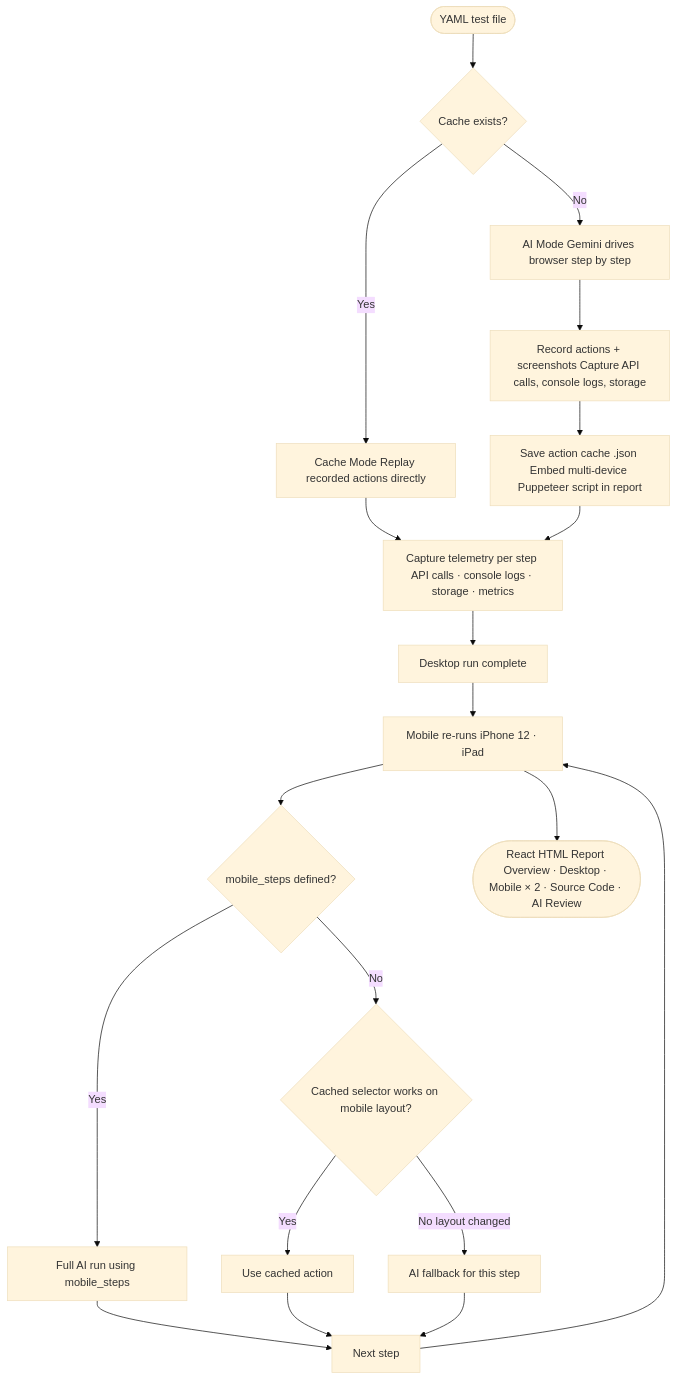
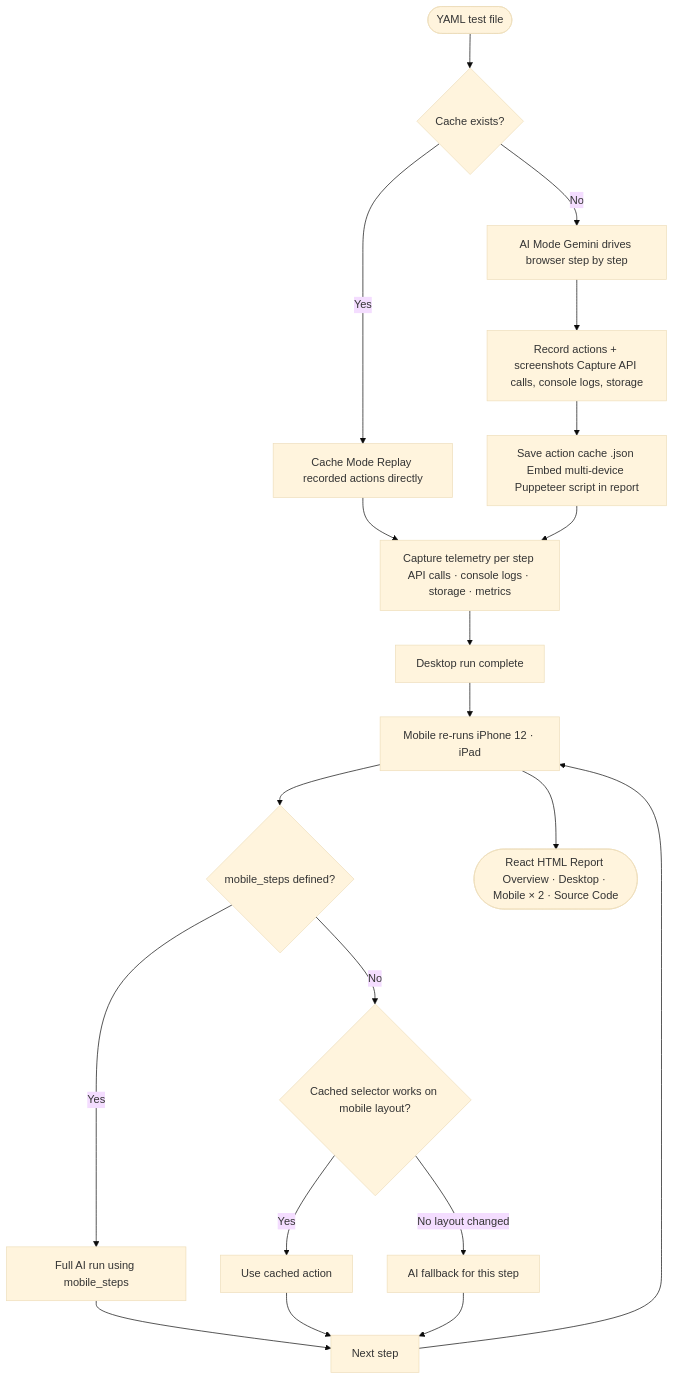
Before and after one commit to Adhishtanaka/QAA: the diagram in README.md, drawn with Mermaid (base theme). The commit also changed other lines of this file, not shown here.

````diff
--- a/README.md
+++ b/README.md
@@ -9,27 +5,27 @@
 ```mermaid
 flowchart TD
     A([YAML test file]) --> B{Cache exists?}
 
     B -- No --> C[AI Mode Gemini drives browser step by step]
     C --> D[Record actions + screenshots Capture API calls, console logs, storage]
     D --> E[Save action cache .json Embed multi-device Puppeteer script in report]
 
     B -- Yes --> F[Cache Mode Replay recorded actions directly]
     F --> G[Capture telemetry per step API calls · console logs · storage · metrics]
 
     E --> G
     G --> H[Desktop run complete]
 
     H --> I[Mobile re-runs iPhone 12 · iPad]
     I --> J{mobile_steps defined?}
     J -- Yes --> K[Full AI run using mobile_steps]
     J -- No --> L{Cached selector works on mobile layout?}
     L -- Yes --> M[Use cached action]
     L -- No layout changed --> N[AI fallback for this step]
     K --> O[Next step]
     M --> O
     N --> O
     O --> I
 
-    I --> P([React HTML Report Overview · Desktop · Mobile × 2 · Source Code · AI Review])
+    I --> P([React HTML Report Overview · Desktop · Mobile × 2 · Source Code])
 ```
````
